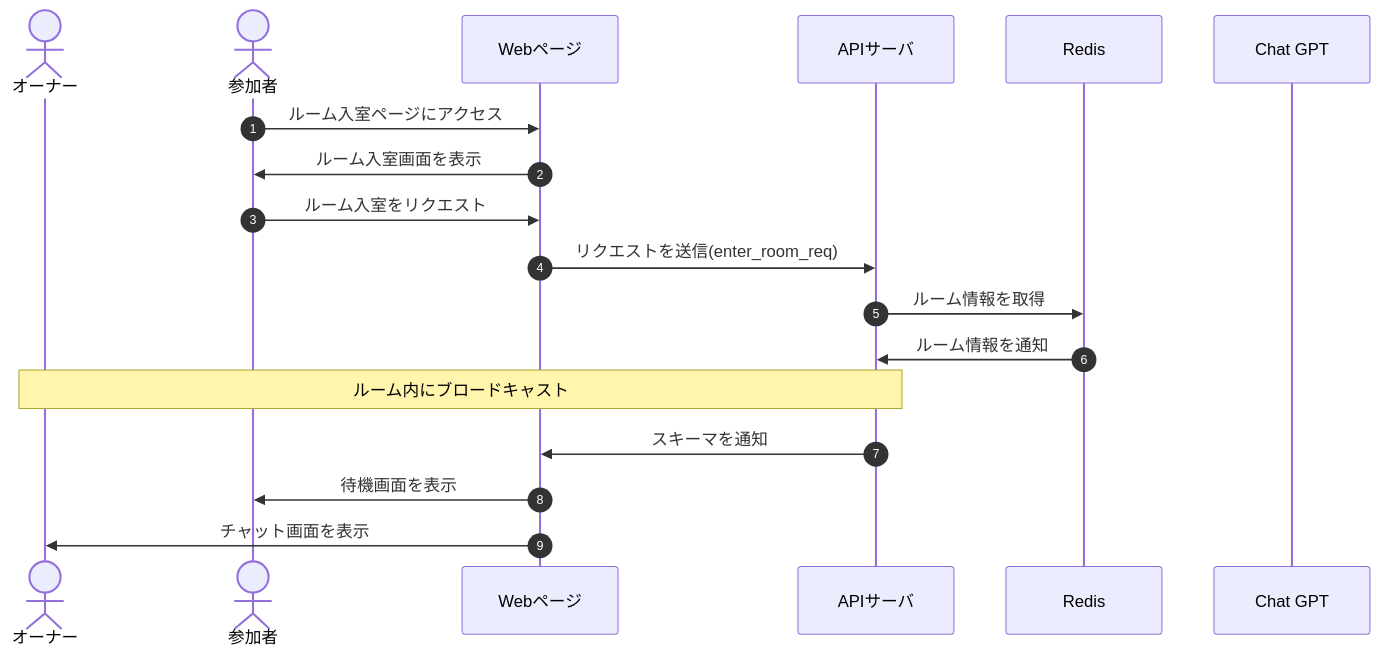
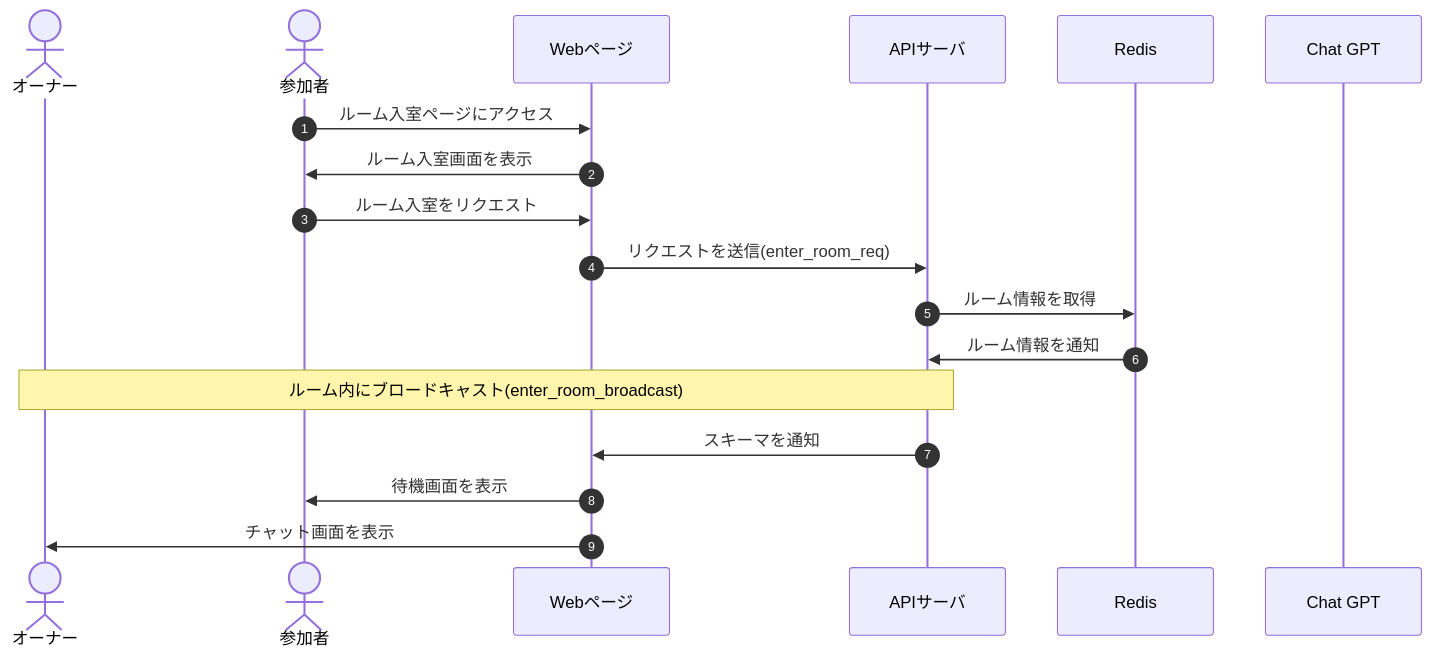
The diagram in docs/DesignDog/02_ルーム入室.md (Tanakaryuki/chat_wolf), drawn with Mermaid before and after one commit. The commit also changed other lines of this file and 29 other files, not shown here.

````diff
--- a/docs/DesignDog/02_ルーム入室.md
+++ b/docs/DesignDog/02_ルーム入室.md
@@ -13,21 +15,21 @@
 ```mermaid
 sequenceDiagram
     autonumber
     actor owner as オーナー
     actor participants as 参加者
     participant front as Webページ
     participant api as APIサーバ
     participant db as Redis
     participant ai as Chat GPT
 
     participants->>front: ルーム入室ページにアクセス
     front->>participants: ルーム入室画面を表示
     participants->>front: ルーム入室をリクエスト
     front->>api: リクエストを送信(enter_room_req)
     api->>db: ルーム情報を取得
     db->>api: ルーム情報を通知
-    Note over owner,api: ルーム内にブロードキャスト
+    Note over owner,api: ルーム内にブロードキャスト(enter_room_broadcast)
     api->>front: スキーマを通知
     front->>participants: 待機画面を表示
     front->>owner: チャット画面を表示
 ```
````
